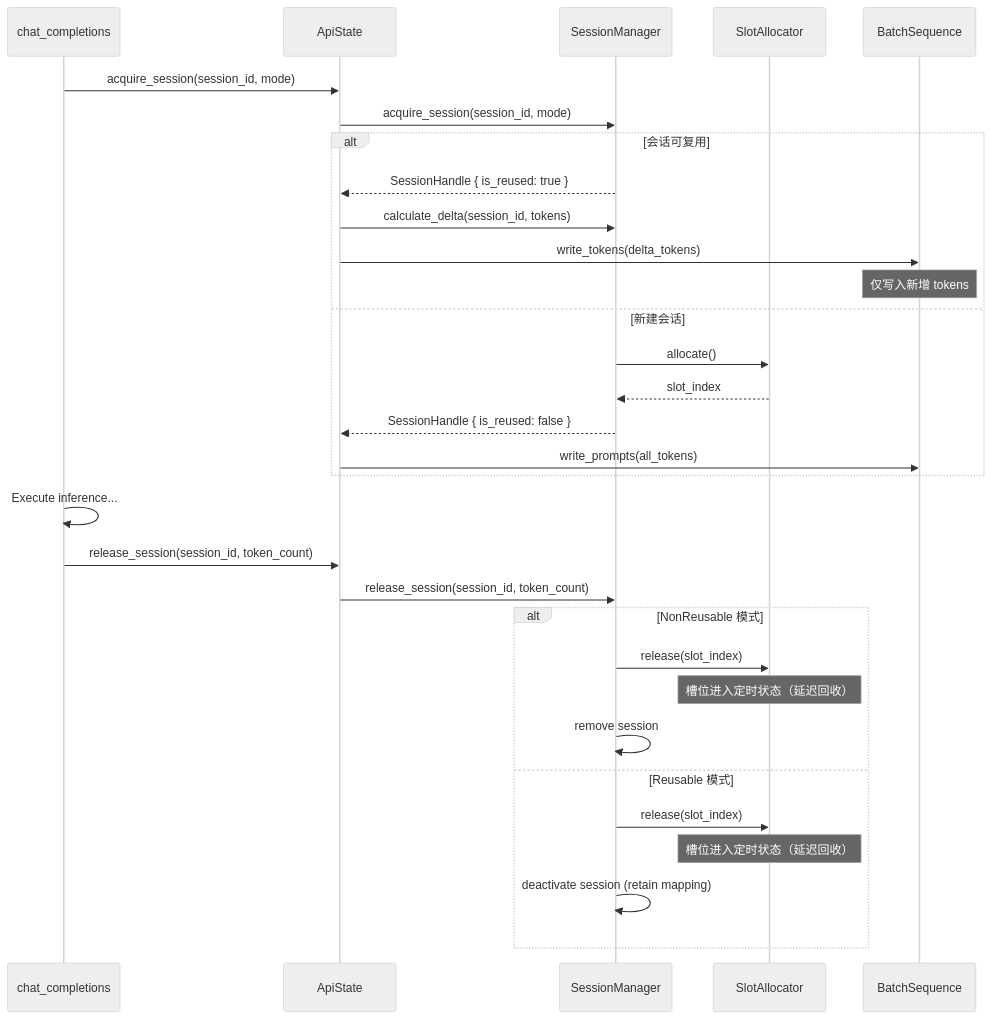
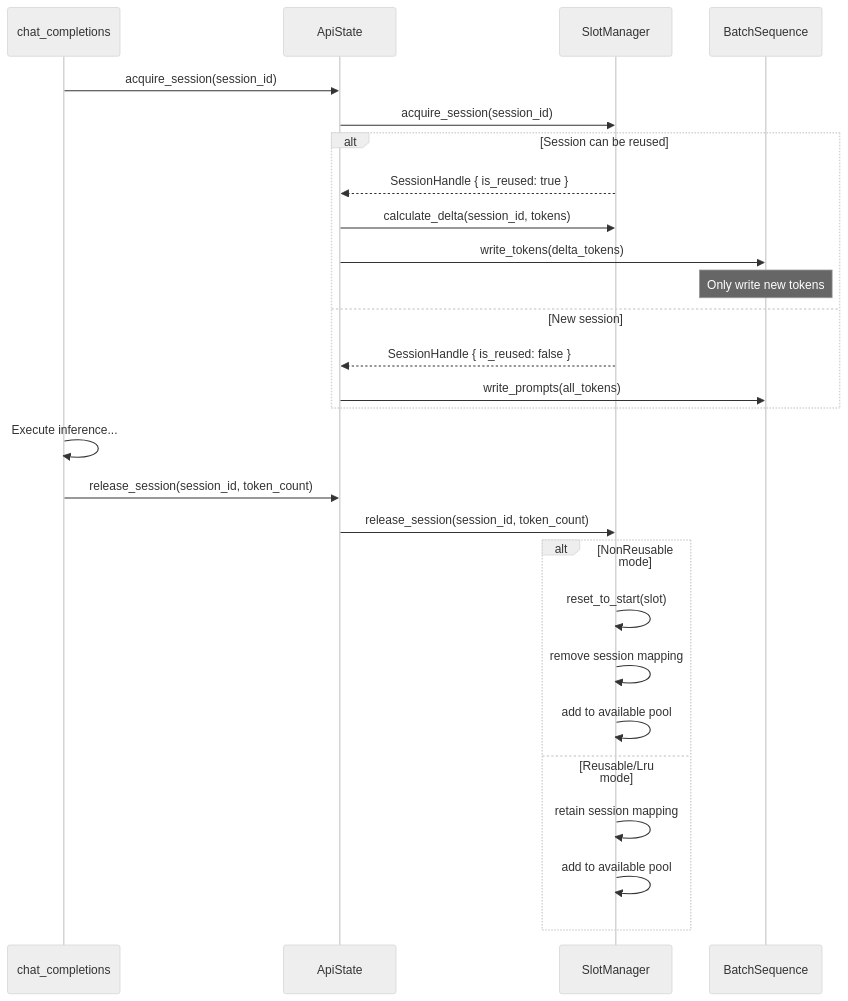
Before and after one commit to lucienhuangfu/eLLM: the fourth of 4 diagrams in docs/design/runtime/session_management.md, drawn with Mermaid (neutral theme). The commit also changed other lines of this file and 11 other files, not shown here.

First line of the commit message:
Introduce delayed slot recycling and SlotManager

````diff
--- a/docs/design/runtime/session_management.md
+++ b/docs/design/runtime/session_management.md
@@ -299,38 +439,34 @@
 ```mermaid
 sequenceDiagram
     participant Handler as chat_completions
     participant ApiState as ApiState
-    participant SessionMgr as SessionManager
-    participant SlotAlloc as SlotAllocator
+    participant SlotMgr as SlotManager
     participant BatchSeq as BatchSequence
 
-    Handler->>ApiState: acquire_session(session_id, mode)
-    ApiState->>SessionMgr: acquire_session(session_id, mode)
+    Handler->>ApiState: acquire_session(session_id)
+    ApiState->>SlotMgr: acquire_session(session_id)
     
-    alt 会话可复用
-        SessionMgr-->>ApiState: SessionHandle { is_reused: true }
-        ApiState->>SessionMgr: calculate_delta(session_id, tokens)
+    alt Session can be reused
+        SlotMgr-->>ApiState: SessionHandle { is_reused: true }
+        ApiState->>SlotMgr: calculate_delta(session_id, tokens)
         ApiState->>BatchSeq: write_tokens(delta_tokens)
-        Note over BatchSeq: 仅写入新增 tokens
-    else 新建会话
-        SessionMgr->>SlotAlloc: allocate()
-        SlotAlloc-->>SessionMgr: slot_index
-        SessionMgr-->>ApiState: SessionHandle { is_reused: false }
+        Note over BatchSeq: Only write new tokens
+    else New session
+        SlotMgr-->>ApiState: SessionHandle { is_reused: false }
         ApiState->>BatchSeq: write_prompts(all_tokens)
     end
 
     Handler->>Handler: Execute inference...
     
     Handler->>ApiState: release_session(session_id, token_count)
-    ApiState->>SessionMgr: release_session(session_id, token_count)
+    ApiState->>SlotMgr: release_session(session_id, token_count)
     
-    alt NonReusable 模式
-        SessionMgr->>SlotAlloc: release(slot_index)
-        Note over SlotAlloc: 槽位进入定时状态（延迟回收）
-        SessionMgr->>SessionMgr: remove session
-    else Reusable 模式
-        SessionMgr->>SlotAlloc: release(slot_index)
-        Note over SlotAlloc: 槽位进入定时状态（延迟回收）
-        SessionMgr->>SessionMgr: deactivate session (retain mapping)
+    alt NonReusable mode
+        SlotMgr->>SlotMgr: reset_to_start(slot)
+        SlotMgr->>SlotMgr: remove session mapping
+        SlotMgr->>SlotMgr: add to available pool
+    else Reusable/Lru mode
+        SlotMgr->>SlotMgr: retain session mapping
+        SlotMgr->>SlotMgr: add to available pool
     end
 ```
````
